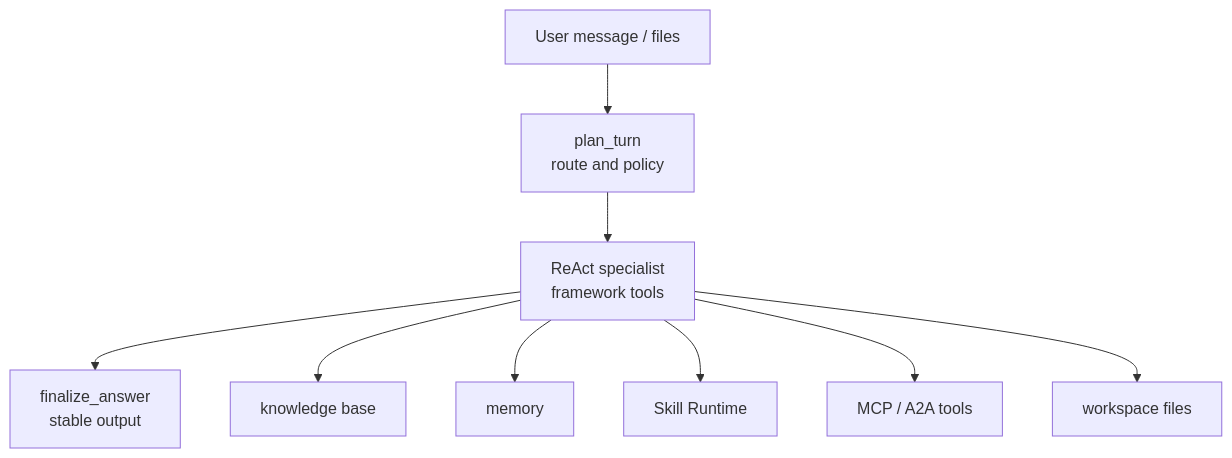
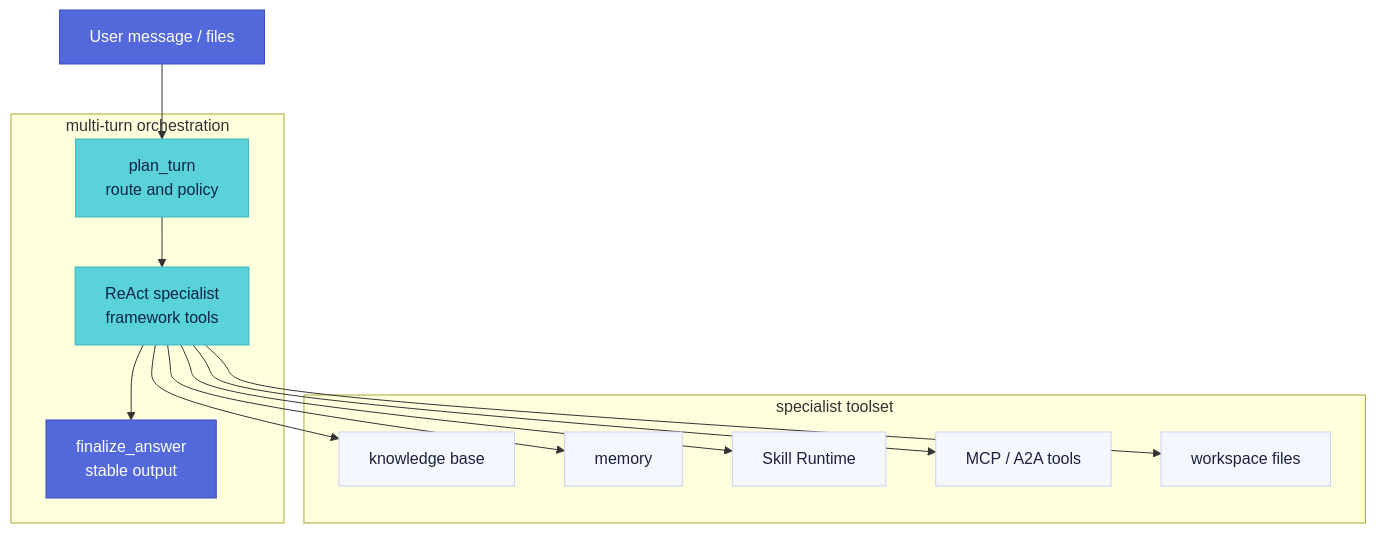
Before and after one commit to kingsoftcloud/ksadk-python: the diagram in docs-site/content/docs/framework/guides/agent-best-practices.en.mdx, drawn with Mermaid. The commit also changed 33 other files, not shown here.

````diff
--- a/docs-site/content/docs/framework/guides/agent-best-practices.en.mdx
+++ b/docs-site/content/docs/framework/guides/agent-best-practices.en.mdx
@@ -17,11 +17,31 @@
 ```mermaid
 flowchart TD
   User["User message / files"] --> Plan["plan_turn<br/>route and policy"]
   Plan --> Specialist["ReAct specialist<br/>framework tools"]
   Specialist --> Final["finalize_answer<br/>stable output"]
   Specialist --> KB["knowledge base"]
   Specialist --> Mem["memory"]
   Specialist --> Skills["Skill Runtime"]
   Specialist --> MCP["MCP / A2A tools"]
   Specialist --> Workspace["workspace files"]
+
+  subgraph flow["multi-turn orchestration"]
+    Plan
+    Specialist
+    Final
+  end
+  subgraph tools["specialist toolset"]
+    KB
+    Mem
+    Skills
+    MCP
+    Workspace
+  end
+
+  classDef brand fill:#5368db,stroke:#3b4cc7,color:#fff
+  classDef accent fill:#59d3d9,stroke:#3fb8be,color:#0a2540
+  classDef neutral fill:#f5f7ff,stroke:#c9d2f5,color:#1a2240
+  class User,Final brand
+  class Plan,Specialist accent
+  class KB,Mem,Skills,MCP,Workspace neutral
 ```
````
